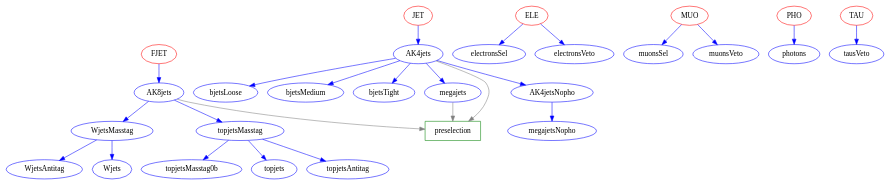
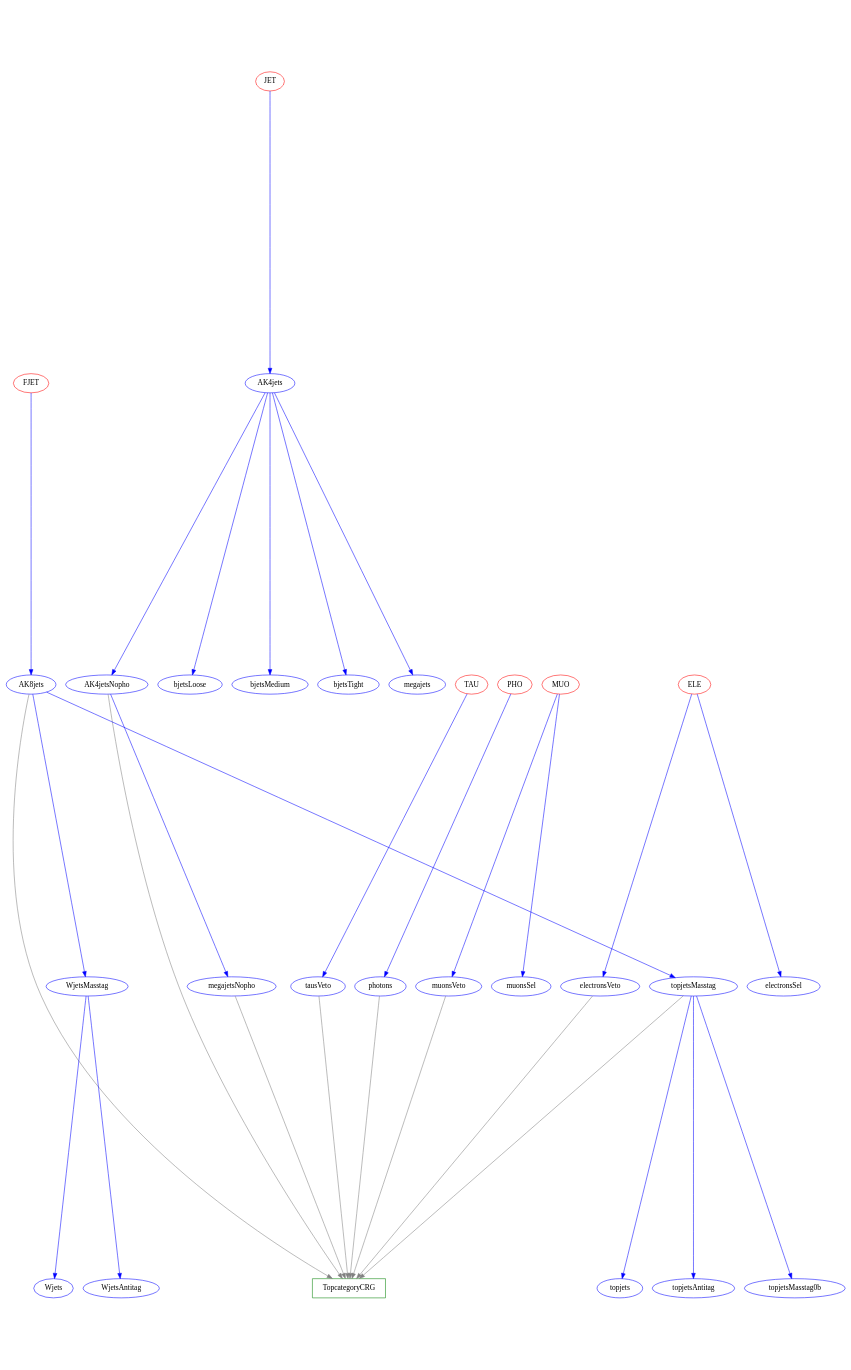
Before and after one commit to danielmriley/CutLang: the diagram in fc.dot, drawn with Graphviz. The commit also changed 55 other files, not shown here.

```diff
--- a/fc.dot
+++ b/fc.dot
@@ -1,54 +1,59 @@
 digraph print {
-  AK4jets -> AK4jetsNopho [color="blue"]
+ordering = "out"ratio = 1.618  AK4jets -> AK4jetsNopho [color="blue"]
   AK4jets -> bjetsLoose [color="blue"]
   AK4jets -> bjetsMedium [color="blue"]
   AK4jets -> bjetsTight [color="blue"]
   AK4jets -> megajets [color="blue"]
-  AK4jets -> preselection [color="grey"]
+  AK4jetsNopho -> TopcategoryCRG [color="grey"]
   AK4jetsNopho -> megajetsNopho [color="blue"]
+  AK8jets -> TopcategoryCRG [color="grey"]
   AK8jets -> WjetsMasstag [color="blue"]
-  AK8jets -> preselection [color="grey"]
   AK8jets -> topjetsMasstag [color="blue"]
   ELE -> electronsSel [color="blue"]
   ELE -> electronsVeto [color="blue"]
   FJET -> AK8jets [color="blue"]
   JET -> AK4jets [color="blue"]
   MUO -> muonsSel [color="blue"]
   MUO -> muonsVeto [color="blue"]
   PHO -> photons [color="blue"]
   TAU -> tausVeto [color="blue"]
   WjetsMasstag -> Wjets [color="blue"]
   WjetsMasstag -> WjetsAntitag [color="blue"]
-  megajets -> preselection [color="grey"]
+  electronsVeto -> TopcategoryCRG [color="grey"]
+  megajetsNopho -> TopcategoryCRG [color="grey"]
+  muonsVeto -> TopcategoryCRG [color="grey"]
+  photons -> TopcategoryCRG [color="grey"]
+  tausVeto -> TopcategoryCRG [color="grey"]
+  topjetsMasstag -> TopcategoryCRG [color="grey"]
   topjetsMasstag -> topjets [color="blue"]
   topjetsMasstag -> topjetsAntitag [color="blue"]
   topjetsMasstag -> topjetsMasstag0b [color="blue"]
 AK4jets [color="blue"]
 AK4jetsNopho [color="blue"]
 AK8jets [color="blue"]
 ELE [color="red"]
 FJET [color="red"]
 JET [color="red"]
 MUO [color="red"]
 PHO [color="red"]
 TAU [color="red"]
+TopcategoryCRG[shape= box, color=green]
 Wjets [color="blue"]
 WjetsAntitag [color="blue"]
 WjetsMasstag [color="blue"]
 bjetsLoose [color="blue"]
 bjetsMedium [color="blue"]
 bjetsTight [color="blue"]
 electronsSel [color="blue"]
 electronsVeto [color="blue"]
 megajets [color="blue"]
 megajetsNopho [color="blue"]
 muonsSel [color="blue"]
 muonsVeto [color="blue"]
 photons [color="blue"]
-preselection[shape = box, color = green]
 tausVeto [color="blue"]
 topjets [color="blue"]
 topjetsAntitag [color="blue"]
 topjetsMasstag [color="blue"]
 topjetsMasstag0b [color="blue"]
 }
```
